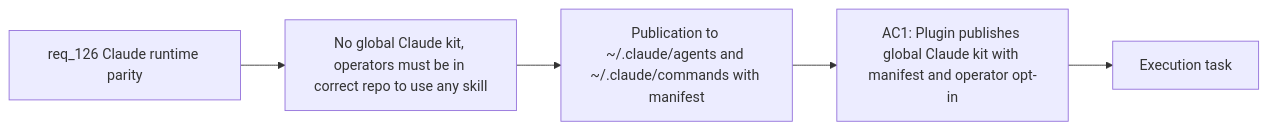
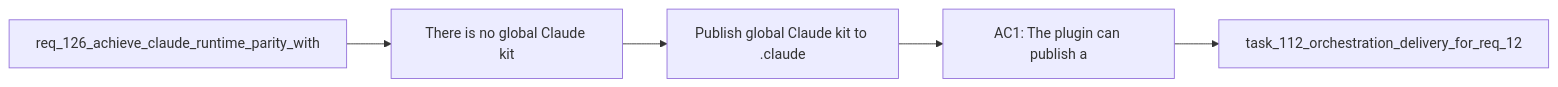
One commit to AlexAgo83/logics-manager changed the diagram in logics/backlog/item_229_publish_global_claude_kit_to_claude_agents_and_commands_directories.md. Above: the diagram before and after it, drawn with Mermaid. The commit also changed other lines of this file and 481 other files, not shown here.

````diff
--- a/logics/backlog/item_229_publish_global_claude_kit_to_claude_agents_and_commands_directories.md
+++ b/logics/backlog/item_229_publish_global_claude_kit_to_claude_agents_and_commands_directories.md
@@ -22,9 +22,9 @@
 ```mermaid
 %% logics-kind: backlog
 %% logics-signature: backlog|publish-global-claude-kit-to-claude-agen|req-126-achieve-claude-runtime-parity-wi|there-is-no-global-claude-kit|ac1-the-plugin-can-publish-a
 flowchart LR
-    Request[req_126 Claude runtime parity] --> Problem[No global Claude kit, operators must be in correct repo to use any skill]
-    Problem --> Scope[Publication to ~/.claude/agents and ~/.claude/commands with manifest]
-    Scope --> AC1[AC1: Plugin publishes global Claude kit with manifest and operator opt-in]
-    AC1 --> Tasks[Execution task]
+    Request[req_126_achieve_claude_runtime_parity_with] --> Problem[There is no global Claude kit]
+    Problem --> Scope[Publish global Claude kit to .claude]
+    Scope --> Acceptance[AC1: The plugin can publish a]
+    Acceptance --> Tasks[task_112_orchestration_delivery_for_req_12]
 ```
````
